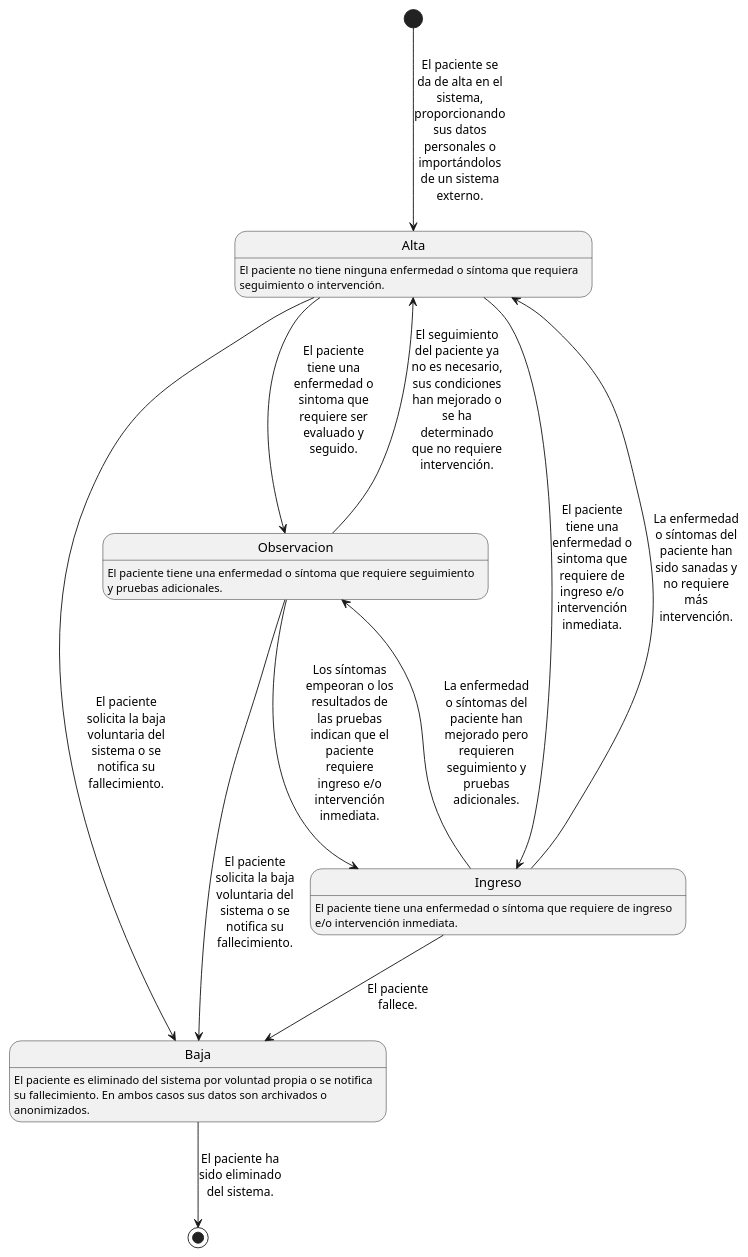
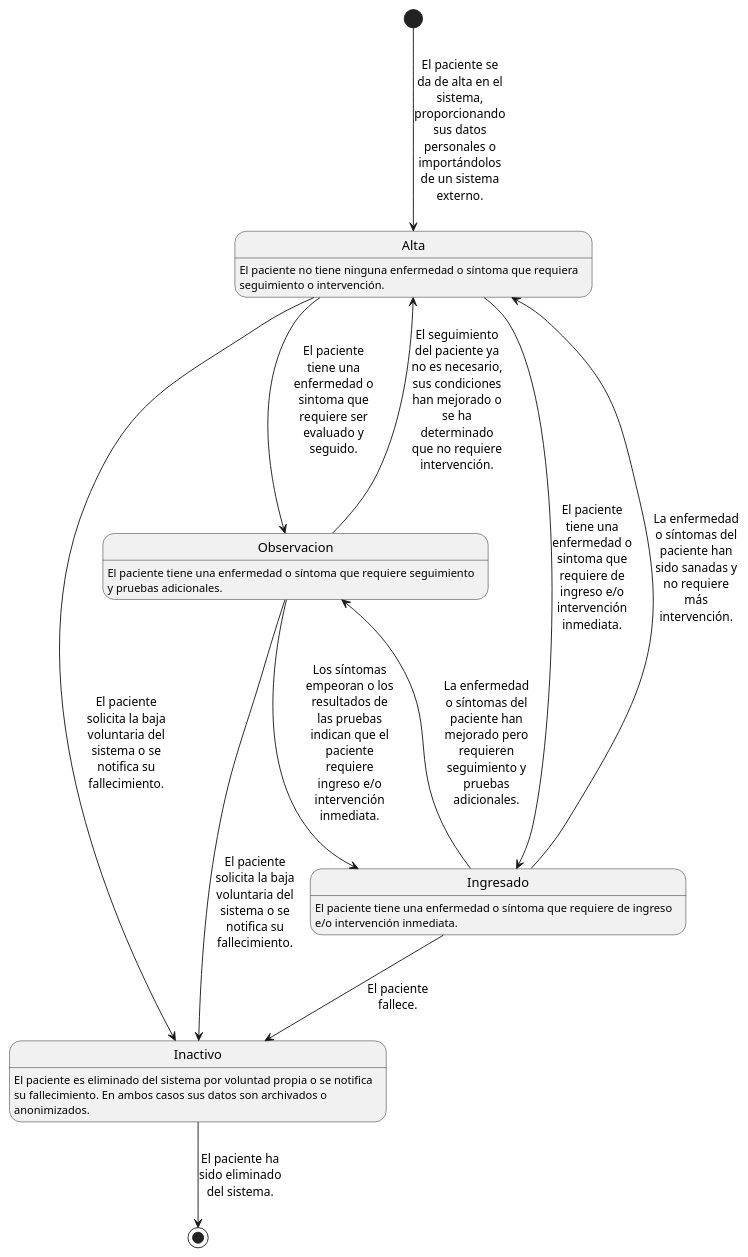
The diagram in Dominios/Pacientes/Paciente/paciente.puml (jggomeztocino/SaludConecta), drawn with PlantUML before and after one commit. The commit also changed 22 other files, not shown here.

```diff
--- a/Dominios/Pacientes/Paciente/paciente.puml
+++ b/Dominios/Pacientes/Paciente/paciente.puml
@@ -1,25 +1,25 @@
 @startuml Paciente
 skinparam maxMessageSize 100
 skinparam wrapWidth 400
 
 [*] --> Alta : El paciente se da de alta en el sistema, proporcionando sus datos personales o importándolos de un sistema externo.
 
 Alta : El paciente no tiene ninguna enfermedad o síntoma que requiera seguimiento o intervención.
 Alta --> Observacion : El paciente tiene una enfermedad o sintoma que requiere ser evaluado y seguido.
-Alta --> Ingreso : El paciente tiene una enfermedad o sintoma que requiere de ingreso e/o intervención inmediata.
-Alta --> Baja : El paciente solicita la baja voluntaria del sistema o se notifica su fallecimiento.
+Alta --> Ingresado : El paciente tiene una enfermedad o sintoma que requiere de ingreso e/o intervención inmediata.
+Alta --> Inactivo : El paciente solicita la baja voluntaria del sistema o se notifica su fallecimiento.
 
 Observacion : El paciente tiene una enfermedad o síntoma que requiere seguimiento y pruebas adicionales.
 Observacion --> Alta : El seguimiento del paciente ya no es necesario, sus condiciones han mejorado o se ha determinado que no requiere intervención.
-Observacion --> Ingreso : Los síntomas empeoran o los resultados de las pruebas indican que el paciente requiere ingreso e/o intervención inmediata.
-Observacion --> Baja : El paciente solicita la baja voluntaria del sistema o se notifica su fallecimiento.
+Observacion --> Ingresado : Los síntomas empeoran o los resultados de las pruebas indican que el paciente requiere ingreso e/o intervención inmediata.
+Observacion --> Inactivo : El paciente solicita la baja voluntaria del sistema o se notifica su fallecimiento.
 
-Ingreso : El paciente tiene una enfermedad o síntoma que requiere de ingreso e/o intervención inmediata.
-Ingreso --> Alta : La enfermedad o síntomas del paciente han sido sanadas y no requiere más intervención.
-Ingreso --> Observacion : La enfermedad o síntomas del paciente han mejorado pero requieren seguimiento y pruebas adicionales.
-Ingreso --> Baja : El paciente fallece.
+Ingresado : El paciente tiene una enfermedad o síntoma que requiere de ingreso e/o intervención inmediata.
+Ingresado --> Alta : La enfermedad o síntomas del paciente han sido sanadas y no requiere más intervención.
+Ingresado --> Observacion : La enfermedad o síntomas del paciente han mejorado pero requieren seguimiento y pruebas adicionales.
+Ingresado --> Inactivo : El paciente fallece.
 
-Baja : El paciente es eliminado del sistema por voluntad propia o se notifica su fallecimiento. En ambos casos sus datos son archivados o anonimizados.
-Baja --> [*] : El paciente ha sido eliminado del sistema.
+Inactivo : El paciente es eliminado del sistema por voluntad propia o se notifica su fallecimiento. En ambos casos sus datos son archivados o anonimizados.
+Inactivo --> [*] : El paciente ha sido eliminado del sistema.
 
 @enduml
```
